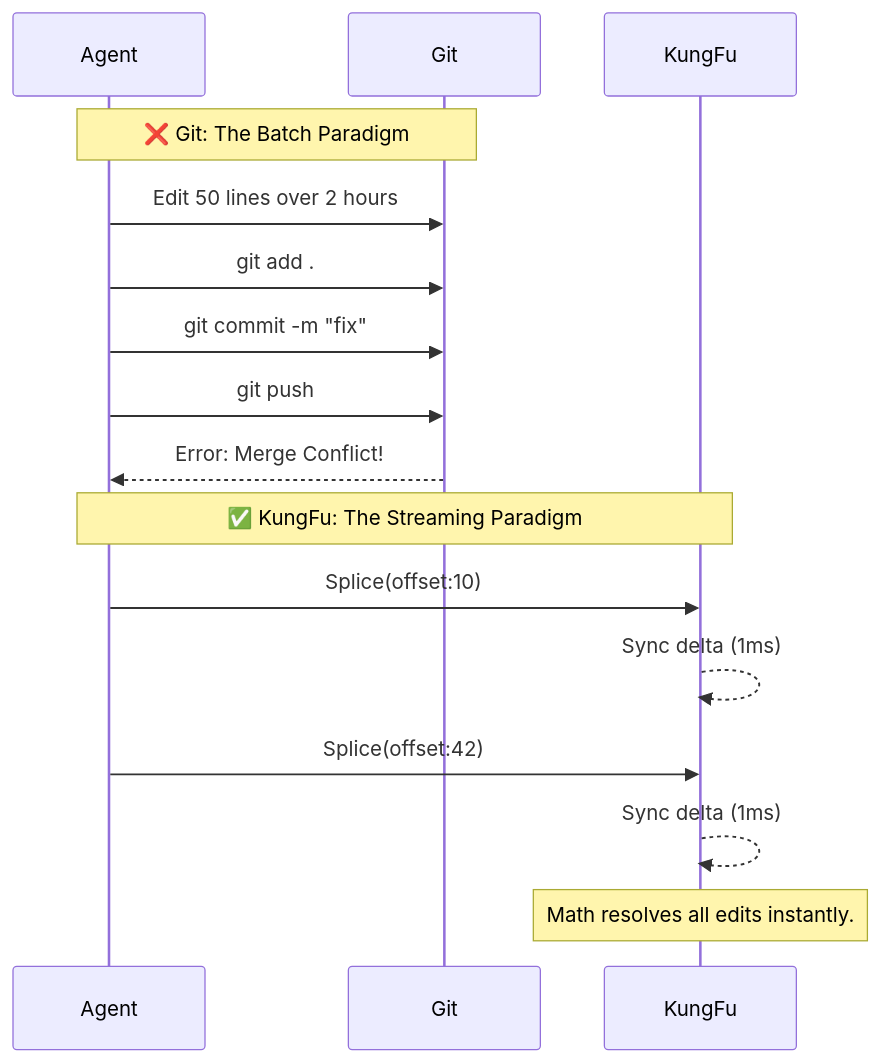
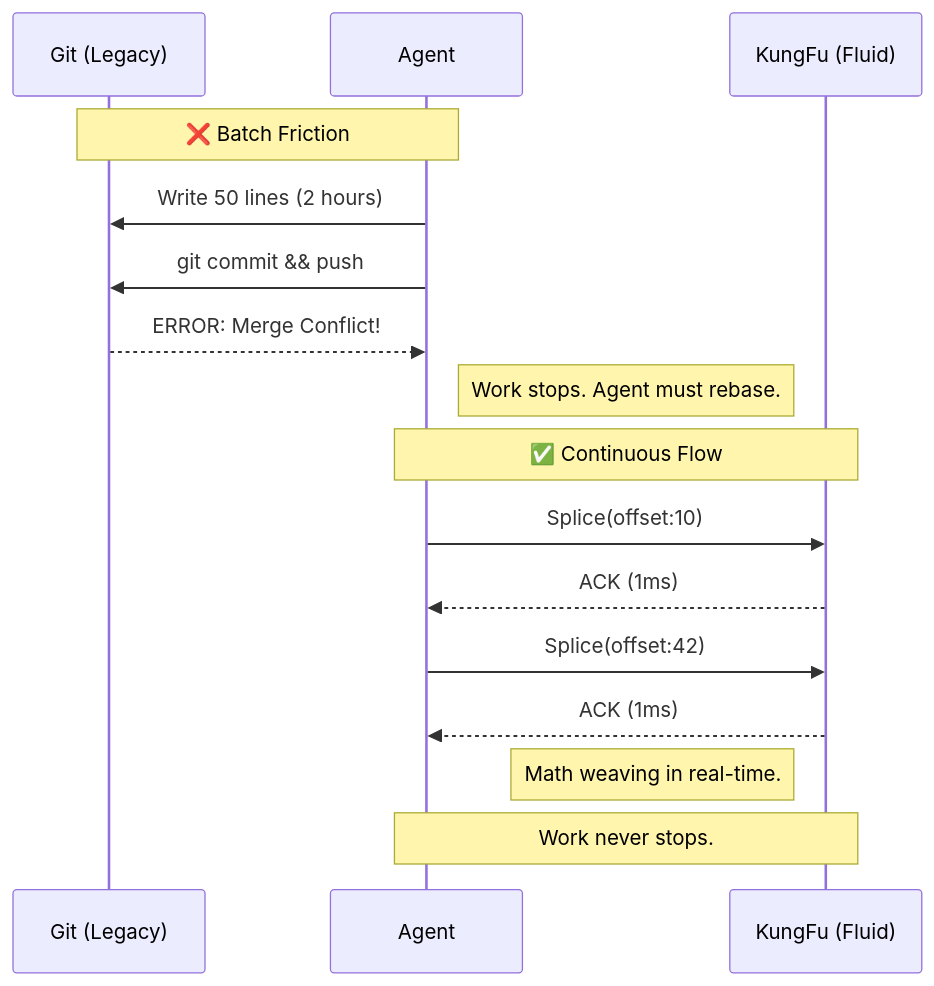
One commit to k8nstantin/kungfu changed the first of 2 diagrams in README.md. Above: the diagram before and after it, drawn with Mermaid.

Commit message:
docs: center Agent in sequence diagram for better contrast

````diff
--- a/README.md
+++ b/README.md
@@ -45,20 +45,20 @@
 ```mermaid
 sequenceDiagram
+    participant G as Git (Legacy)
     participant A as Agent
-    participant G as Git
-    participant K as KungFu
+    participant K as KungFu (Fluid)
 
-    Note over A,G: ❌ Git: The Batch Paradigm
-    A->>G: Edit 50 lines over 2 hours
-    A->>G: git add .
-    A->>G: git commit -m "fix"
-    A->>G: git push
-    G-->>A: Error: Merge Conflict!
+    Note over G,A: ❌ Batch Friction
+    A->>G: Write 50 lines (2 hours)
+    A->>G: git commit && push
+    G-->>A: ERROR: Merge Conflict!
+    Note right of A: Work stops. Agent must rebase.
 
-    Note over A,K: ✅ KungFu: The Streaming Paradigm
+    Note over A,K: ✅ Continuous Flow
     A->>K: Splice(offset:10)
-    K-->>K: Sync delta (1ms)
+    K-->>A: ACK (1ms)
     A->>K: Splice(offset:42)
-    K-->>K: Sync delta (1ms)
-    Note over K: Math resolves all edits instantly.
+    K-->>A: ACK (1ms)
+    Note left of K: Math weaving in real-time.
+    Note over A,K: Work never stops.
 ```
````
